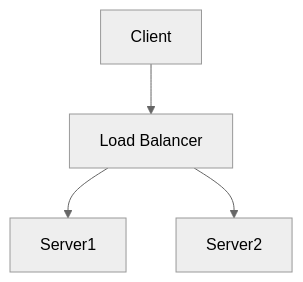
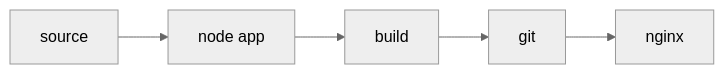
The second of 2 diagrams in blog/canvas.md (2409xoc/node), drawn with Mermaid (neutral theme) before and after one commit. The commit also changed other lines of this file and 11 other files, not shown here.

```diff
--- a/blog/canvas.md
+++ b/blog/canvas.md
@@ -8,6 +27,7 @@
 <div class="mermaid">
-	graph TD 
-	A[Client] --> B[Load Balancer] 
-	B --> C[Server1] 
-	B --> D[Server2]
+    graph LR;
+    A[source]-->B[node app];
+    B-->C[build];
+    C-->D[git];
+    D-->E[nginx];
 </div>
```
